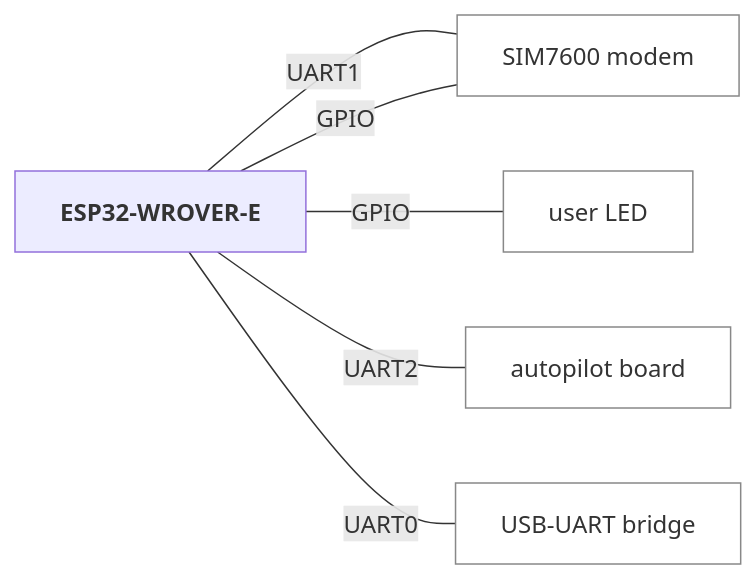
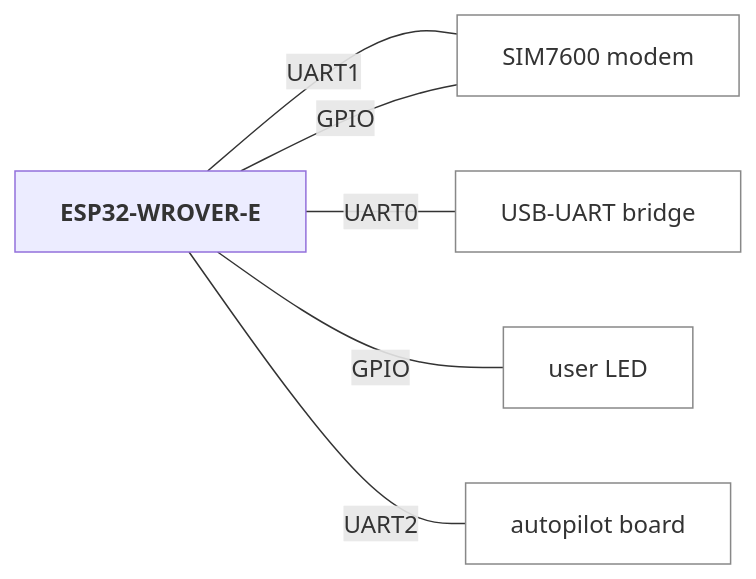
One commit to jRmx0/esp-architecture changed the second of 6 diagrams in examples/gateway/diagrams.md. Above: the diagram before and after it, drawn with Mermaid. The commit also changed other lines of this file and 3 other files, not shown here.

First line of the commit message:
Block diagrams: 1a without hints; 1b and level 2 keep their layout rules

````diff
--- a/examples/gateway/diagrams.md
+++ b/examples/gateway/diagrams.md
@@ -31,15 +31,15 @@
 ```mermaid
 flowchart LR
   cpu_box["<b>ESP32-WROVER-E</b>"]
   n_sim7600["SIM7600 modem"]
   n_user_led["user LED"]
   n_autopilot_board["autopilot board"]
   n_ch9102["USB-UART bridge"]
   cpu_box ---|"UART1"| n_sim7600
   cpu_box ---|"GPIO"| n_sim7600
+  cpu_box ---|"UART0"| n_ch9102
   cpu_box ---|"GPIO"| n_user_led
   cpu_box ---|"UART2"| n_autopilot_board
-  cpu_box ---|"UART0"| n_ch9102
   classDef device fill:none,stroke:#888
   class n_sim7600,n_user_led,n_autopilot_board,n_ch9102 device
 ```
````
